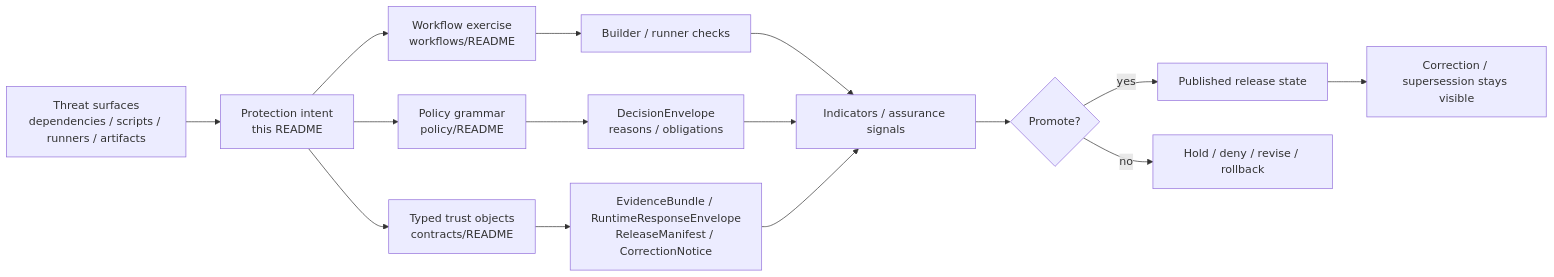
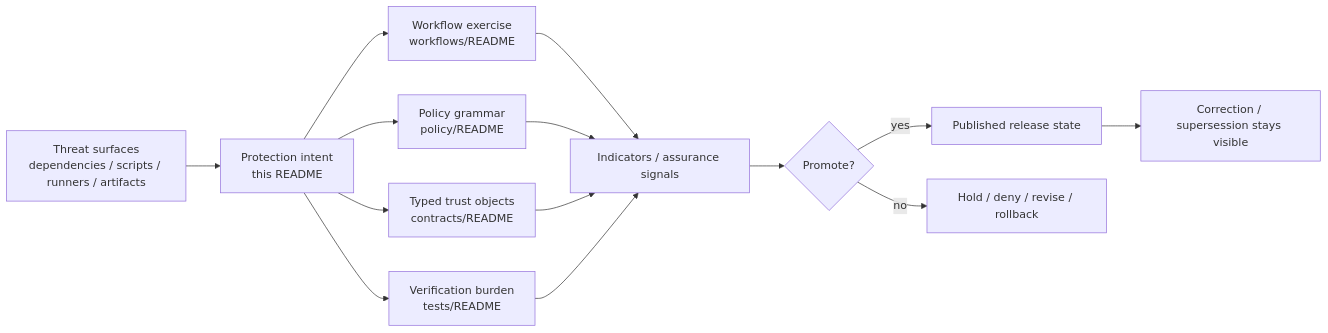
Before and after one commit to bartytime4life/Kansas-Frontier-Matrix: the diagram in docs/security/supply-chain/shai-hulud-2.0/protections/README.md, drawn with Mermaid. The commit also changed other lines of this file, not shown here.

````diff
--- a/docs/security/supply-chain/shai-hulud-2.0/protections/README.md
+++ b/docs/security/supply-chain/shai-hulud-2.0/protections/README.md
@@ -164,21 +184,20 @@
 ```mermaid
 flowchart LR
     A[Threat surfaces<br/>dependencies / scripts / runners / artifacts] --> B[Protection intent<br/>this README]
+
     B --> C[Workflow exercise<br/>workflows/README]
     B --> D[Policy grammar<br/>policy/README]
     B --> E[Typed trust objects<br/>contracts/README]
+    B --> T[Verification burden<br/>tests/README]
 
-    C --> F[Builder / runner checks]
-    D --> G[DecisionEnvelope<br/>reasons / obligations]
-    E --> H[EvidenceBundle / RuntimeResponseEnvelope<br/>ReleaseManifest / CorrectionNotice]
-
-    F --> I[Indicators / assurance signals]
-    G --> I
-    H --> I
+    C --> I[Indicators / assurance signals]
+    D --> I
+    E --> I
+    T --> I
 
     I --> J{Promote?}
     J -- yes --> K[Published release state]
     J -- no --> L[Hold / deny / revise / rollback]
 
     K --> M[Correction / supersession stays visible]
 ```
````
